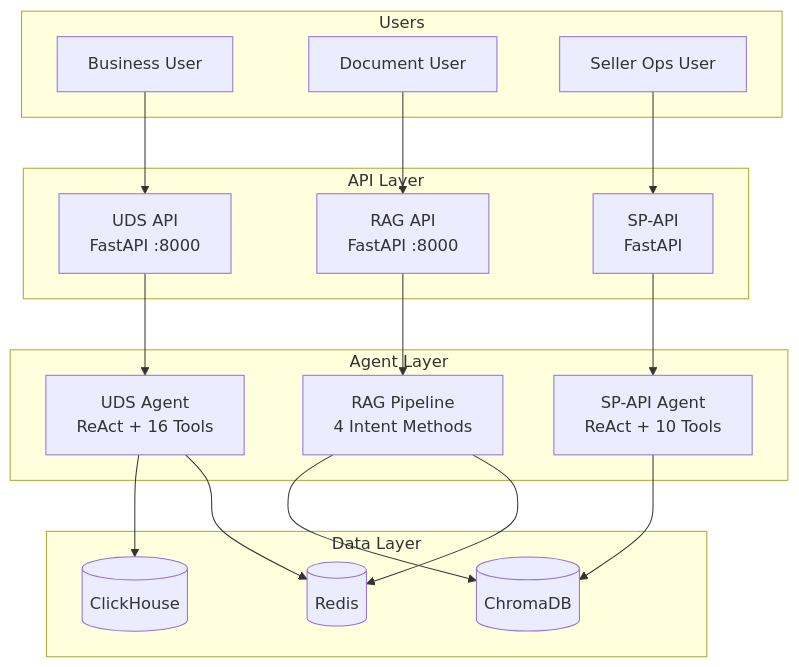
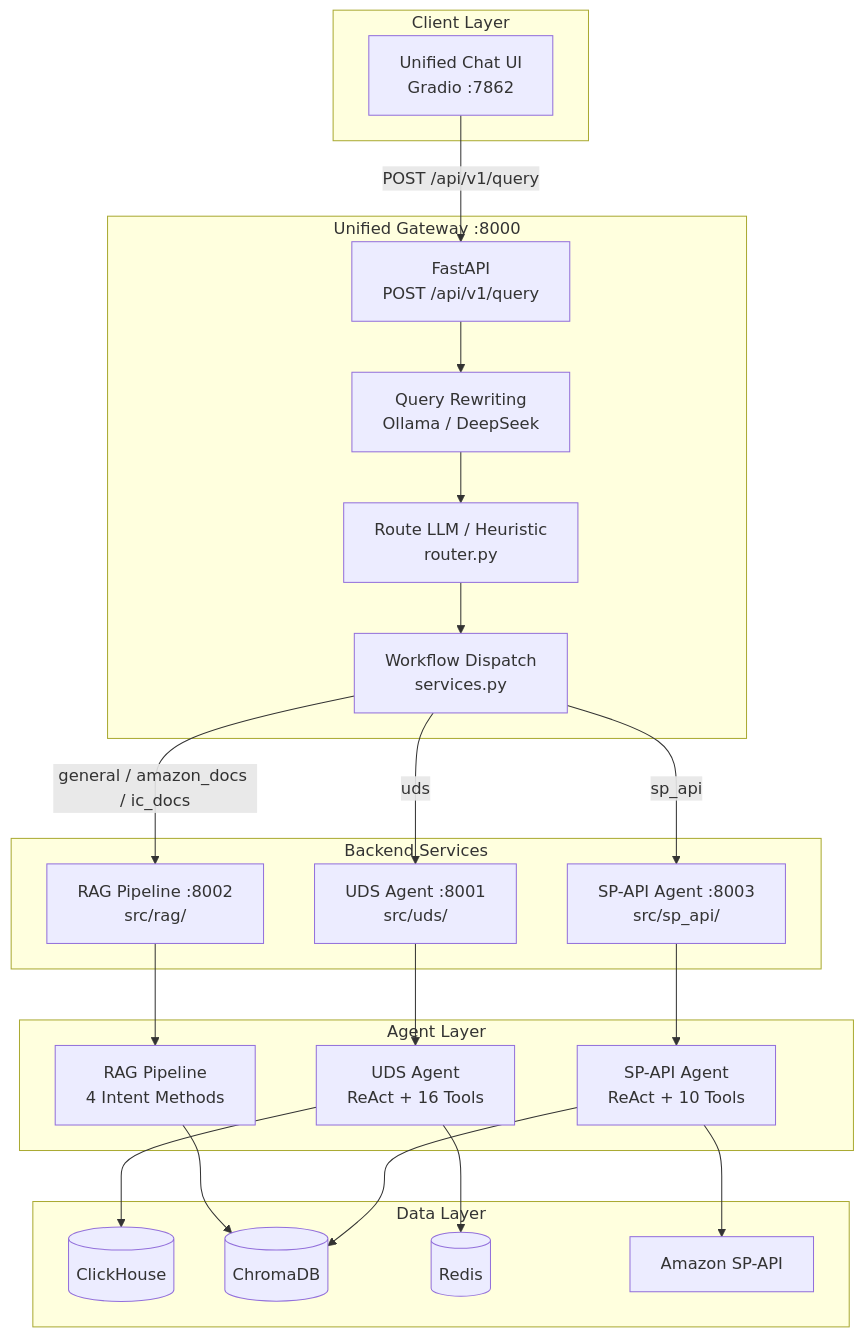
One commit to lenhop/IC-RAG-Agent changed the first of 12 diagrams in docs/FRAMEWORK.md. Above: the diagram before and after it, drawn with Mermaid. The commit also changed other lines of this file and 23 other files, not shown here.

````diff
--- a/docs/FRAMEWORK.md
+++ b/docs/FRAMEWORK.md
@@ -18,40 +22,44 @@
 ```mermaid
 flowchart TB
-    subgraph Users
-        U1[Business User]
-        U2[Document User]
-        U3[Seller Ops User]
+    subgraph Client["Client Layer"]
+        UI[Unified Chat UI<br/>Gradio :7862]
     end
 
-    subgraph APIs["API Layer"]
-        UDS_API[UDS API<br/>FastAPI :8000]
-        RAG_API[RAG API<br/>FastAPI :8000]
-        SP_API[SP-API<br/>FastAPI]
+    subgraph Gateway["Unified Gateway :8000"]
+        API[FastAPI<br/>POST /api/v1/query]
+        Rewrite[Query Rewriting<br/>Ollama / DeepSeek]
+        Router[Route LLM / Heuristic<br/>router.py]
+        Dispatch[Workflow Dispatch<br/>services.py]
+    end
+
+    subgraph Backends["Backend Services"]
+        RAG[RAG Pipeline :8002<br/>src/rag/]
+        UDS[UDS Agent :8001<br/>src/uds/]
+        SP[SP-API Agent :8003<br/>src/sp_api/]
     end
 
     subgraph Agents["Agent Layer"]
-        UDS[UDS Agent<br/>ReAct + 16 Tools]
-        RAG[RAG Pipeline<br/>4 Intent Methods]
-        SP[SP-API Agent<br/>ReAct + 10 Tools]
+        UDS_A[UDS Agent<br/>ReAct + 16 Tools]
+        RAG_P[RAG Pipeline<br/>4 Intent Methods]
+        SP_A[SP-API Agent<br/>ReAct + 10 Tools]
     end
 
     subgraph Data["Data Layer"]
         CH[(ClickHouse)]
         Chroma[(ChromaDB)]
         Redis[(Redis)]
+        SPAPI_EXT[Amazon SP-API]
     end
 
-    U1 --> UDS_API
-    U2 --> RAG_API
-    U3 --> SP_API
+    UI -->|POST /api/v1/query| API
+    API --> Rewrite --> Router --> Dispatch
+    Dispatch -->|general / amazon_docs / ic_docs| RAG
+    Dispatch -->|uds| UDS
+    Dispatch -->|sp_api| SP
 
-    UDS_API --> UDS
-    RAG_API --> RAG
-    SP_API --> SP
-
-    UDS --> CH
-    UDS --> Redis
-    RAG --> Chroma
-    RAG --> Redis
-    SP --> Chroma
+    RAG --> RAG_P --> Chroma
+    UDS --> UDS_A --> CH
+    UDS_A --> Redis
+    SP --> SP_A --> SPAPI_EXT
+    SP_A --> Chroma
 ```
````
